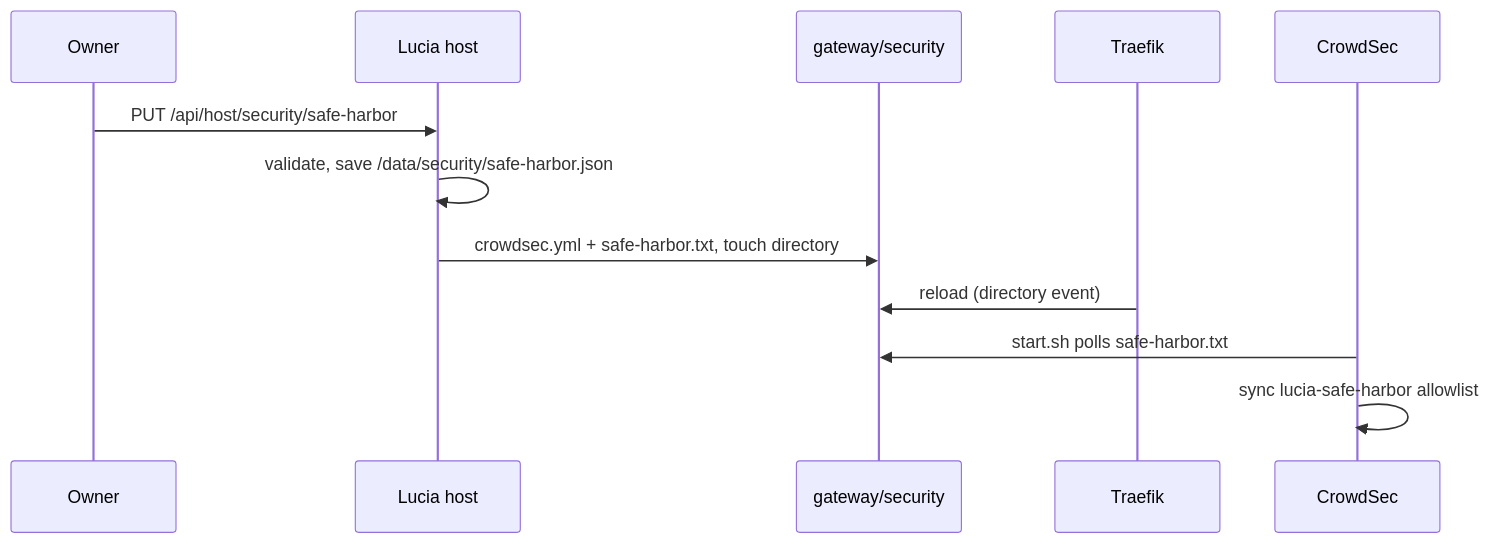
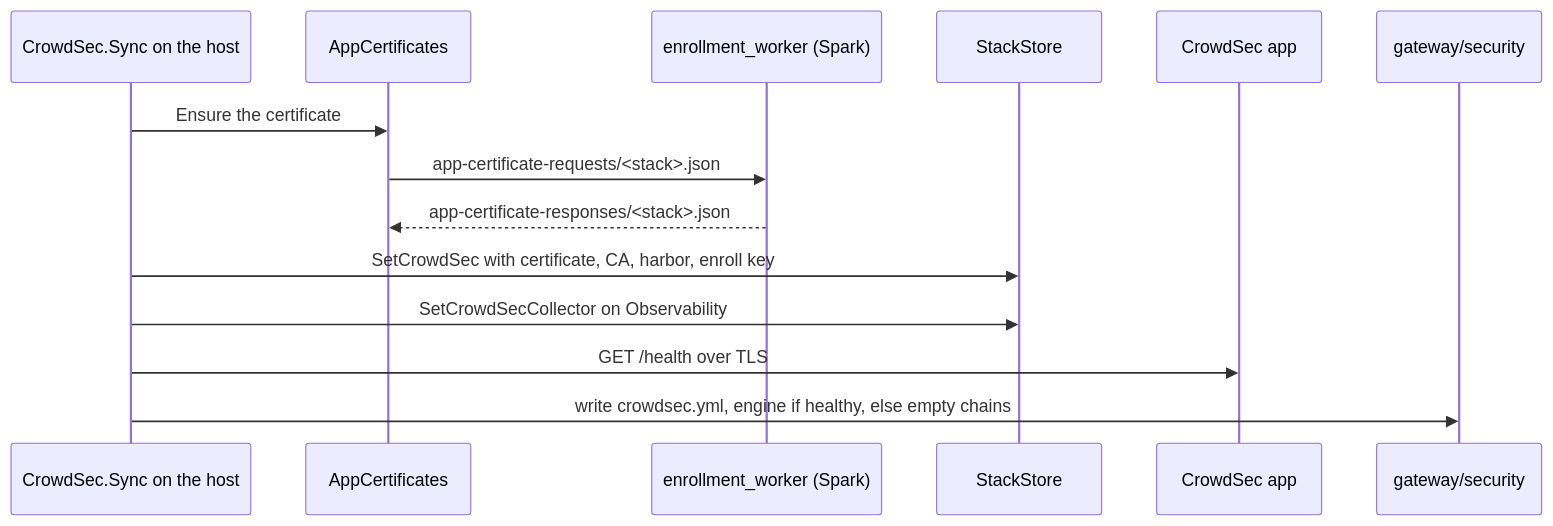
The diagram in docs-site/docs/code/gateway-security.mdx (seiggy/lucia.os), drawn with Mermaid before and after one commit. The commit also changed other lines of this file and 50 other files, not shown here.

First line of the commit message:
CrowdSec: a catalog app on a managed node, with a Gateway protection page

````diff
--- a/docs-site/docs/code/gateway-security.mdx
+++ b/docs-site/docs/code/gateway-security.mdx
@@ -30,14 +33,16 @@
 ```mermaid
 sequenceDiagram
-  participant Owner
-  participant Host as Lucia host
+  participant Sync as CrowdSec.Sync on the host
+  participant Certs as AppCertificates
+  participant Worker as enrollment_worker (Spark)
+  participant Store as StackStore
+  participant Engine as CrowdSec app
   participant Files as gateway/security
-  participant Traefik
-  participant Engine as CrowdSec
-  Owner->>Host: PUT /api/host/security/safe-harbor
-  Host->>Host: validate, save /data/security/safe-harbor.json
-  Host->>Files: crowdsec.yml + safe-harbor.txt, touch directory
-  Traefik->>Files: reload (directory event)
-  Engine->>Files: start.sh polls safe-harbor.txt
-  Engine->>Engine: sync lucia-safe-harbor allowlist
+  Sync->>Certs: Ensure the certificate
+  Certs->>Worker: app-certificate-requests/<stack>.json
+  Worker-->>Certs: app-certificate-responses/<stack>.json
+  Sync->>Store: SetCrowdSec with certificate, CA, harbor, enroll key
+  Sync->>Store: SetCrowdSecCollector on Observability
+  Sync->>Engine: GET /health over TLS
+  Sync->>Files: write crowdsec.yml, engine if healthy, else empty chains
 ```
````
